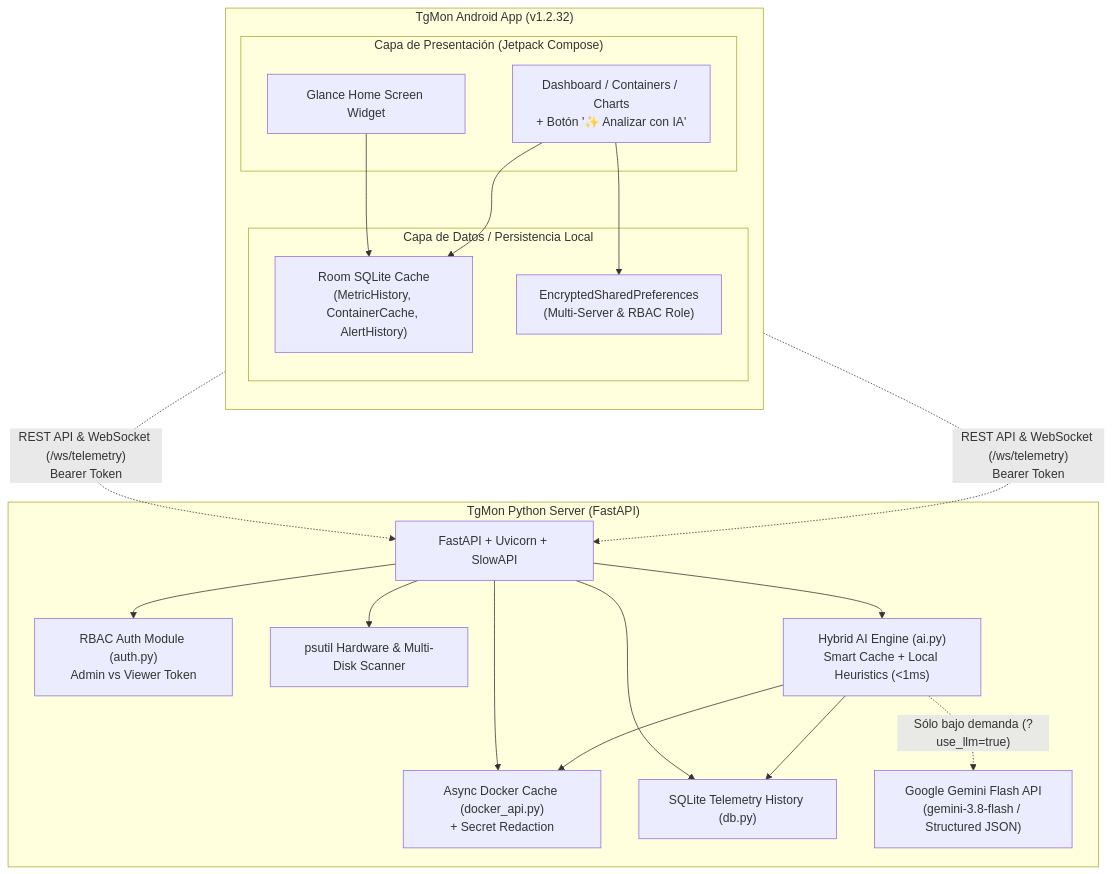
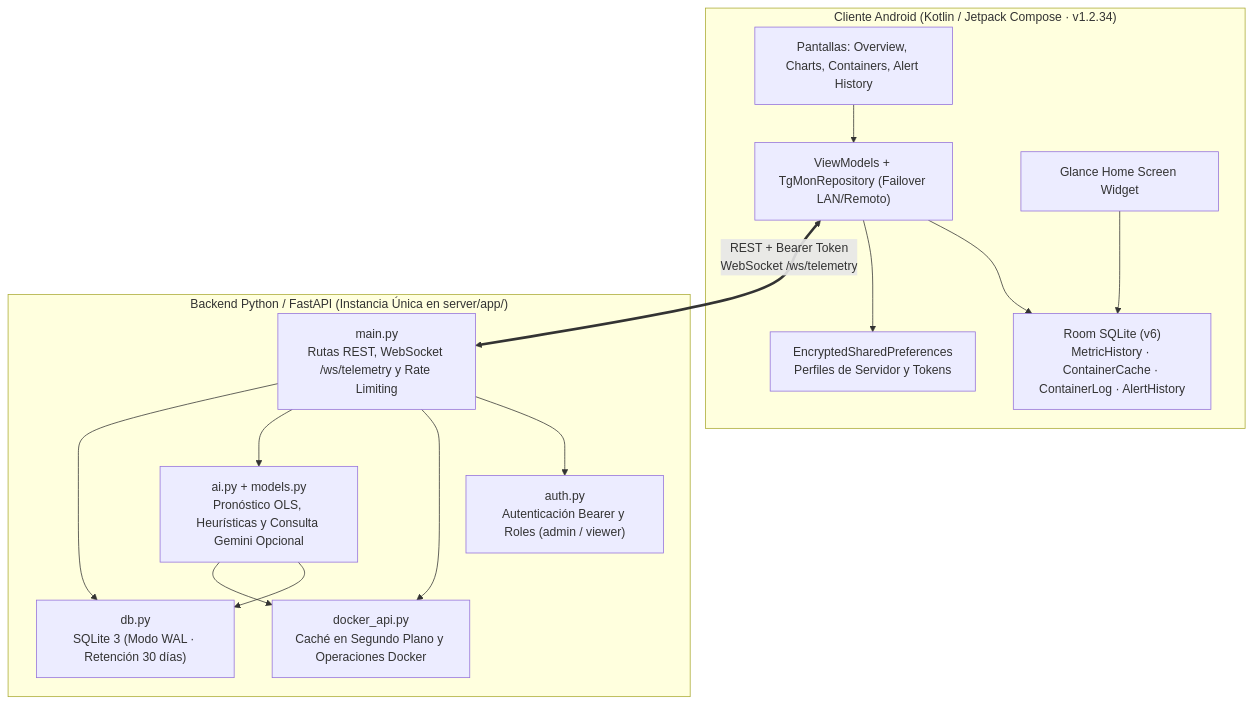
The diagram in README.md (Rcarme/UdelaCiudad), drawn with Mermaid before and after one commit. The commit also changed other lines of this file and 56 other files, not shown here.

````diff
--- a/README.md
+++ b/README.md
@@ -20,40 +23,32 @@
 ```mermaid
 graph TD
-    subgraph Cliente ["TgMon Android App (v1.2.32)"]
-        direction TB
-        subgraph Presentacion ["Capa de Presentación (Jetpack Compose)"]
-            UI["Dashboard / Containers / Charts<br/>+ Botón '✨ Analizar con IA'"]
-            Widget["Glance Home Screen Widget"]
-        end
+    subgraph Cliente ["Cliente Android (Kotlin / Jetpack Compose · v1.2.34)"]
+        UI["Pantallas: Overview, Charts, Containers, Alert History"]
+        VM["ViewModels + TgMonRepository (Failover LAN/Remoto)"]
+        Room["Room SQLite (v6)<br/>MetricHistory · ContainerCache · ContainerLog · AlertHistory"]
+        Prefs["EncryptedSharedPreferences<br/>Perfiles de Servidor y Tokens"]
+        Widget["Glance Home Screen Widget"]
 
-        subgraph Datos ["Capa de Datos / Persistencia Local"]
-            Room["Room SQLite Cache<br/>(MetricHistory, ContainerCache, AlertHistory)"]
-            Prefs["EncryptedSharedPreferences<br/>(Multi-Server & RBAC Role)"]
-        end
-
-        UI --> Room
-        UI --> Prefs
+        UI --> VM
+        VM --> Room
+        VM --> Prefs
         Widget --> Room
     end
 
-    subgraph Servidor ["TgMon Python Server (FastAPI)"]
-        FastAPI["FastAPI + Uvicorn + SlowAPI"]
-        Auth["RBAC Auth Module (auth.py)<br/>Admin vs Viewer Token"]
-        Psutil["psutil Hardware & Multi-Disk Scanner"]
-        DockerCache["Async Docker Cache (docker_api.py)<br/>+ Secret Redaction"]
-        DB["SQLite Telemetry History (db.py)"]
-        AIEngine["Hybrid AI Engine (ai.py)<br/>Smart Cache + Local Heuristics (<1ms)"]
-        Gemini["Google Gemini Flash API<br/>(gemini-3.8-flash / Structured JSON)"]
+    subgraph Backend ["Backend Python / FastAPI (Instancia Única en server/app/)"]
+        Main["main.py<br/>Rutas REST, WebSocket /ws/telemetry y Rate Limiting"]
+        Auth["auth.py<br/>Autenticación Bearer y Roles (admin / viewer)"]
+        DockerMod["docker_api.py<br/>Caché en Segundo Plano y Operaciones Docker"]
+        AIMod["ai.py + models.py<br/>Pronóstico OLS, Heurísticas y Consulta Gemini Opcional"]
+        DBMod["db.py<br/>SQLite 3 (Modo WAL · Retención 30 días)"]
 
-        FastAPI --> Auth
-        FastAPI --> Psutil
-        FastAPI --> DockerCache
-        FastAPI --> DB
-        FastAPI --> AIEngine
-        AIEngine --> DB
-        AIEngine --> DockerCache
-        AIEngine -.->|"Sólo bajo demanda (?use_llm=true)"| Gemini
+        Main --> Auth
+        Main --> DockerMod
+        Main --> AIMod
+        Main --> DBMod
+        AIMod --> DBMod
+        AIMod --> DockerMod
     end
 
-    UI & Widget -.->|"REST API & WebSocket (/ws/telemetry)<br/>Bearer Token"| FastAPI
+    VM <==>|"REST + Bearer Token<br/>WebSocket /ws/telemetry"| Main
 ```
````
